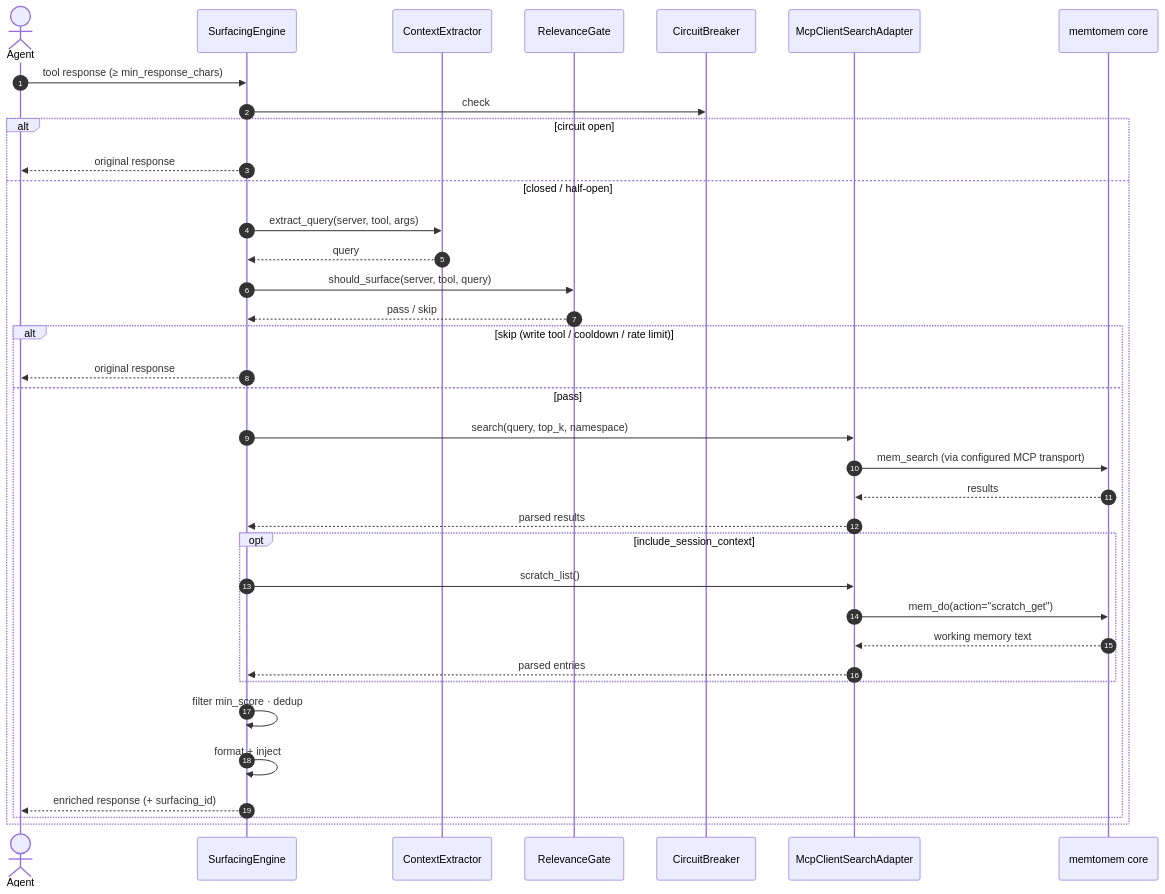
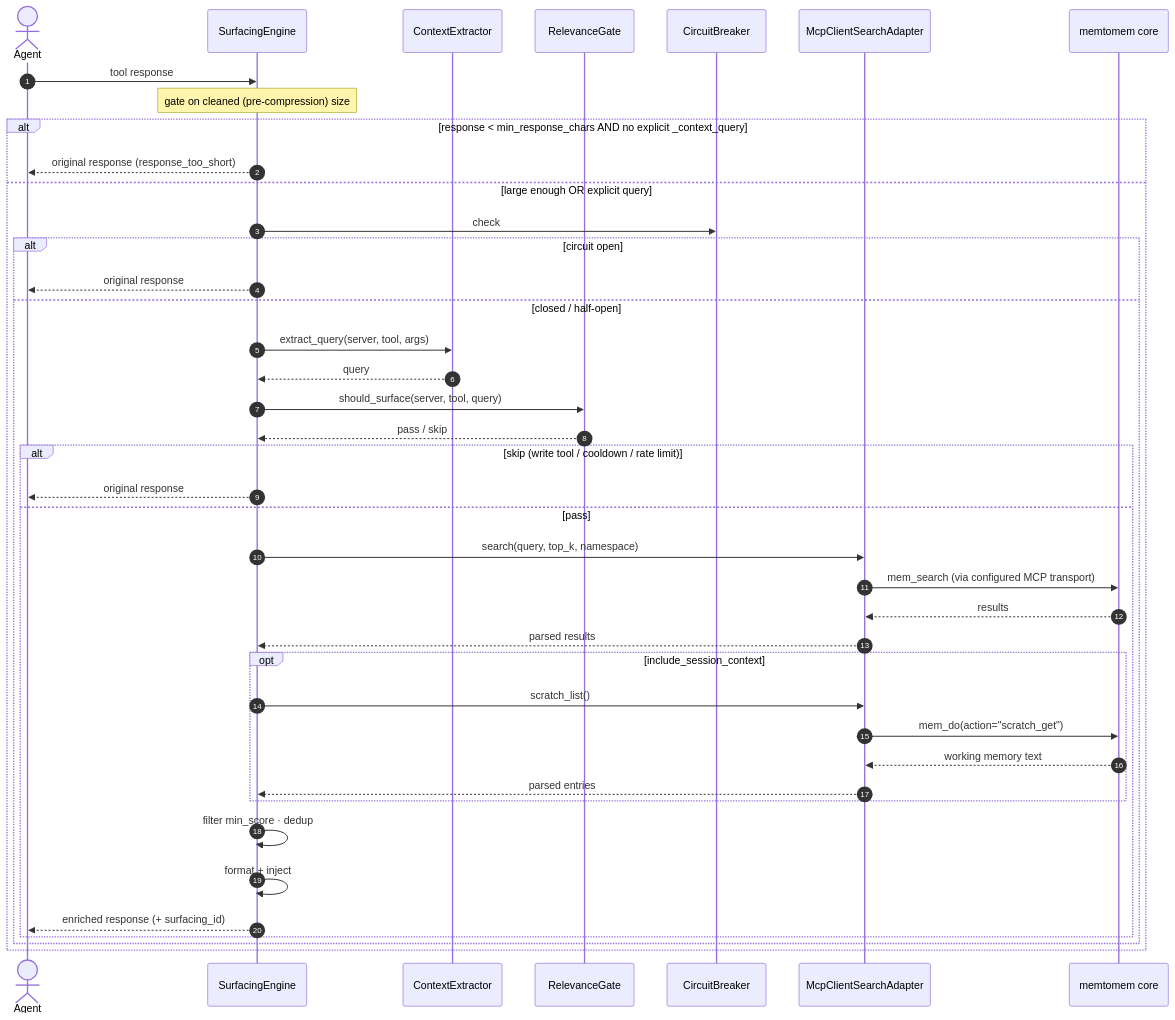
The third of 5 diagrams in docs/surfacing.md (memtomem/memtomem-stm), drawn with Mermaid before and after one commit. The commit also changed other lines of this file and 2 other files, not shown here.

First line of the commit message:
docs: fix surfacing flow diagrams + pin template-no-bypass and proxy forwarding

````diff
--- a/docs/surfacing.md
+++ b/docs/surfacing.md
@@ -249,39 +258,44 @@
 ```mermaid
 sequenceDiagram
     autonumber
     actor Agent
     participant STM as SurfacingEngine
     participant Ext as ContextExtractor
     participant Gate as RelevanceGate
     participant CB as CircuitBreaker
     participant MCP as McpClientSearchAdapter
     participant Core as memtomem core
 
-    Agent->>STM: tool response (≥ min_response_chars)
+    Agent->>STM: tool response
+    Note over STM: gate on cleaned (pre-compression) size
+    alt response < min_response_chars AND no explicit _context_query
+        STM-->>Agent: original response (response_too_short)
+    else large enough OR explicit query
     STM->>CB: check
     alt circuit open
         STM-->>Agent: original response
     else closed / half-open
         STM->>Ext: extract_query(server, tool, args)
         Ext-->>STM: query
         STM->>Gate: should_surface(server, tool, query)
         Gate-->>STM: pass / skip
         alt skip (write tool / cooldown / rate limit)
             STM-->>Agent: original response
         else pass
             STM->>MCP: search(query, top_k, namespace)
             MCP->>Core: mem_search (via configured MCP transport)
             Core-->>MCP: results
             MCP-->>STM: parsed results
             opt include_session_context
                 STM->>MCP: scratch_list()
                 MCP->>Core: mem_do(action="scratch_get")
                 Core-->>MCP: working memory text
                 MCP-->>STM: parsed entries
             end
             STM->>STM: filter min_score · dedup
             STM->>STM: format + inject
             STM-->>Agent: enriched response (+ surfacing_id)
         end
     end
+    end
 ```
````
